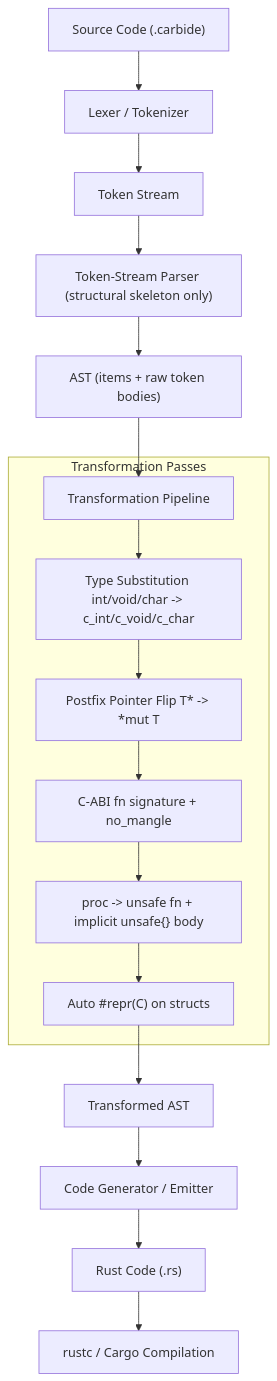
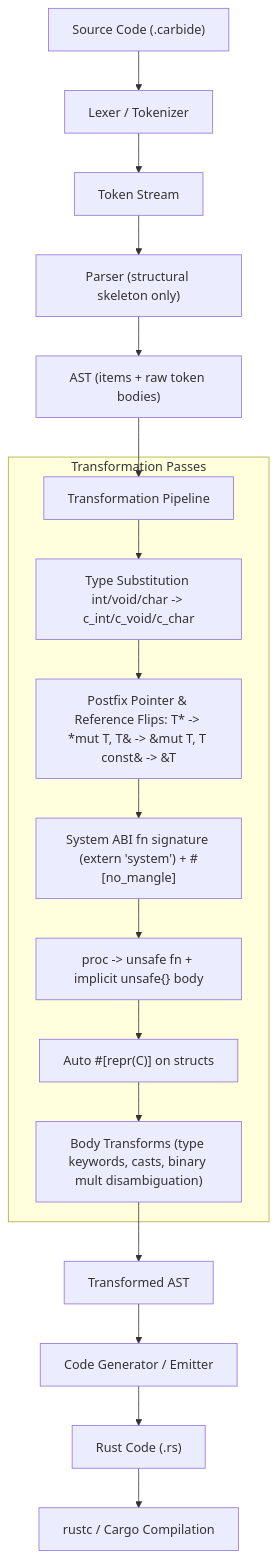
One commit to xyzzyapps/carbide changed the diagram in README.md. Above: the diagram before and after it, drawn with Mermaid. The commit also changed other lines of this file and 16 other files, not shown here.

Commit message:
Update ABI to extern system, omit void return arrows, add postfix references, default to std mode with --no-std flag, and update docs

````diff
--- a/README.md
+++ b/README.md
@@ -13,22 +13,23 @@
 ```mermaid
 graph TD
     Source["Source Code (.carbide)"] --> Lexer[Lexer / Tokenizer]
     Lexer --> Tokens[Token Stream]
-    Tokens --> Parser["Token-Stream Parser (structural skeleton only)"]
+    Tokens --> Parser["Parser (structural skeleton only)"]
     Parser --> AST["AST (items + raw token bodies)"]
     AST --> Transform[Transformation Pipeline]
 
     subgraph Transformation Passes
         Transform --> Pass1[Type Substitution int/void/char -> c_int/c_void/c_char]
-        Pass1 --> Pass2[Postfix Pointer Flip T* -> *mut T]
-        Pass2 --> Pass3[C-ABI fn signature + no_mangle]
+        Pass1 --> Pass2["Postfix Pointer & Reference Flips: T* -> *mut T, T& -> &mut T, T const& -> &T"]
+        Pass2 --> Pass3["System ABI fn signature (extern 'system') + #[no_mangle]"]
         Pass3 --> Pass4["proc -> unsafe fn + implicit unsafe{} body"]
-        Pass4 --> Pass5["Auto #repr(C) on structs"]
+        Pass4 --> Pass5["Auto #[repr(C)] on structs"]
+        Pass5 --> Pass6["Body Transforms (type keywords, casts, binary mult disambiguation)"]
     end
 
-    Pass5 --> TransAST[Transformed AST]
+    Pass6 --> TransAST[Transformed AST]
     TransAST --> Emitter[Code Generator / Emitter]
     Emitter --> Output["Rust Code (.rs)"]
 
     Output --> Driver[rustc / Cargo Compilation]
 ```
````
